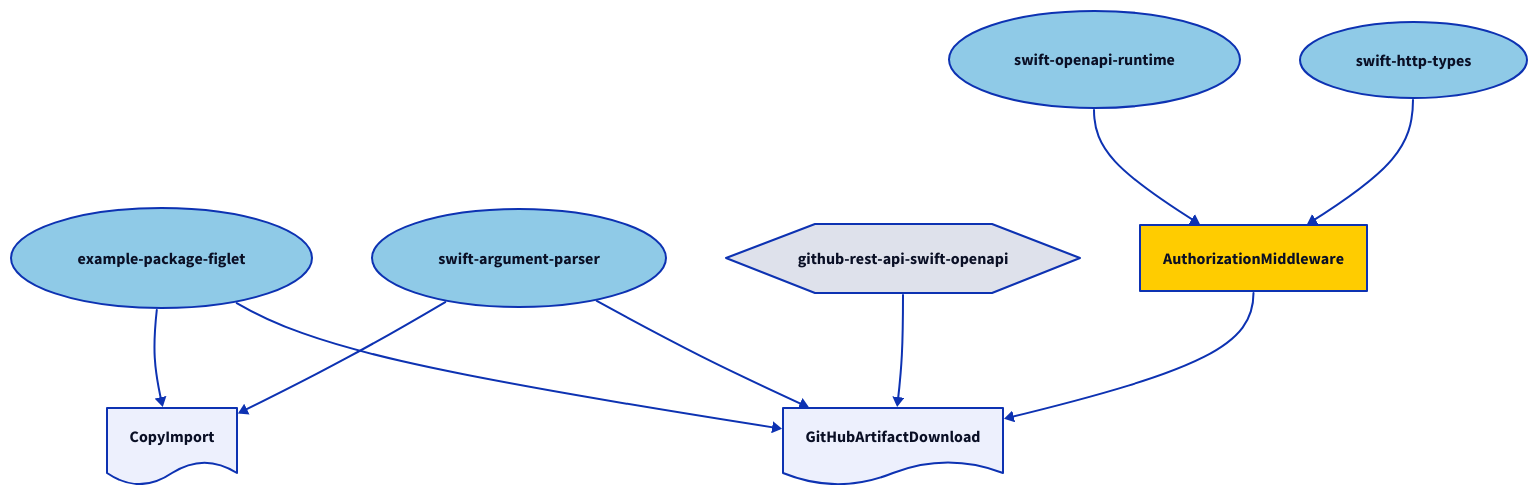
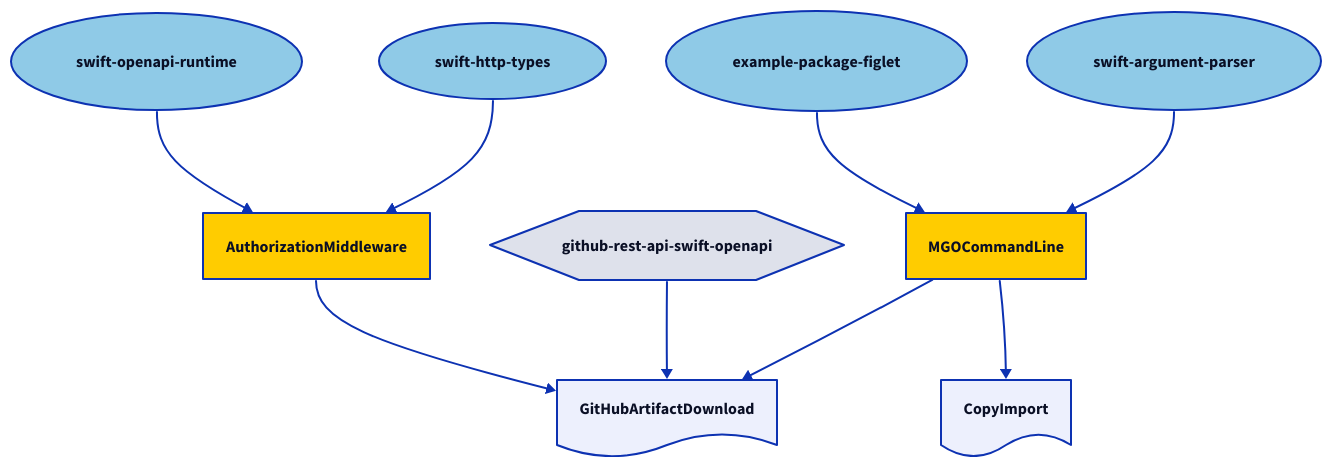
Before and after one commit to minvws/nl-mgo-app-ios: the diagram in Diagrams/scripts.d2, drawn with D2. The commit also changed 12 other files, not shown here.

Commit message:
refactor: extracted common command line package

```diff
--- a/Diagrams/scripts.d2
+++ b/Diagrams/scripts.d2
@@ -1,48 +1,50 @@
 direction: down
 
 # Apple
 example-package-figlet: {
   shape: oval
   style.fill: "#8FCAE7"
 }
 swift-argument-parser: {
   shape: oval
   style.fill: "#8FCAE7"
 }
 swift-openapi-runtime: {
   shape: oval
   style.fill: "#8FCAE7"
 }
 swift-http-types: {
   shape: oval
   style.fill: "#8FCAE7"
 }
 
 # Third-Party
 
 github-rest-api-swift-openapi: {
   shape: hexagon
 }
 
 # The scripts
 
 CopyImport: {
   shape: document
 }
 GitHubArtifactDownload: {
   shape: document
 }
 
-CopyImport <- example-package-figlet
-CopyImport <- swift-argument-parser
+CopyImport <- MGOCommandLine
 
-GitHubArtifactDownload <- example-package-figlet
-GitHubArtifactDownload <- swift-argument-parser
+GitHubArtifactDownload <- AuthorizationMiddleware
 GitHubArtifactDownload <- github-rest-api-swift-openapi
-GitHubArtifactDownload <- AuthorizationMiddleware
+GitHubArtifactDownload <- MGOCommandLine
 
 # - Packages -
 
 AuthorizationMiddleware { style.fill: "#ffcc00" }
 AuthorizationMiddleware <- swift-openapi-runtime
 AuthorizationMiddleware <- swift-http-types
+
+MGOCommandLine { style.fill: "#ffcc00" }
+MGOCommandLine <- example-package-figlet
+MGOCommandLine <- swift-argument-parser
```
